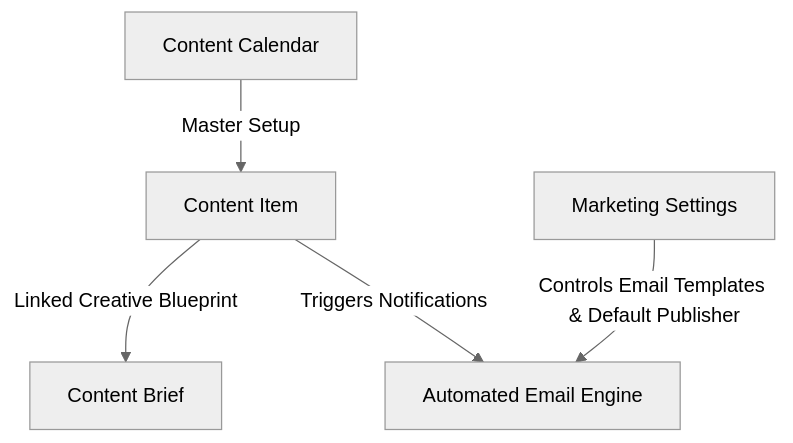
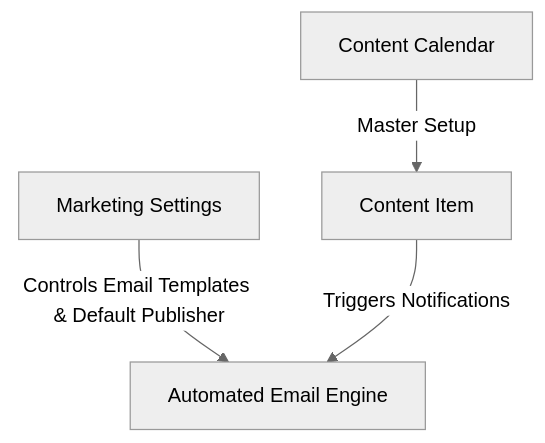
The diagram in app-architecture-and-flow.md (Avishkar-Kabadi-ODA/oda_marketing), drawn with Mermaid (neutral theme) before and after one commit. The commit also changed other lines of this file and 26 other files, not shown here.

Commit message:
refactor: remove Content Brief and Calendar Slot doctypes, update content item statuses, and configure package manifest files.

````diff
--- a/app-architecture-and-flow.md
+++ b/app-architecture-and-flow.md
@@ -11,7 +11,6 @@
 ```mermaid
 graph TD
     A[Content Calendar] -->|Master Setup| B[Content Item]
-    B -->|Linked Creative Blueprint| C[Content Brief]
     D[Marketing Settings] -->|Controls Email Templates & Default Publisher| E[Automated Email Engine]
     B -->|Triggers Notifications| E
 ```
````
